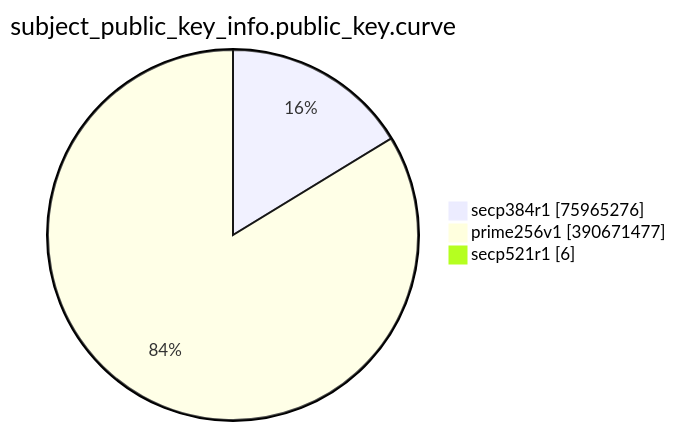
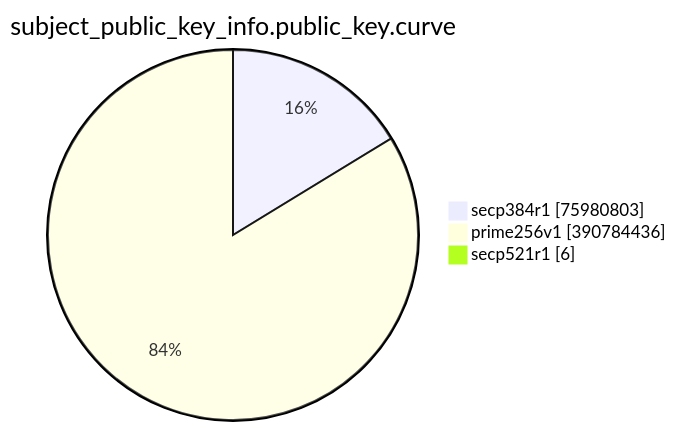
The eighth of 15 diagrams in TOTAL/README.md (christiankrug/ctmonitor_visualization), drawn with Mermaid before and after one commit. The commit also changed other lines of this file, not shown here.

````diff
--- a/TOTAL/README.md
+++ b/TOTAL/README.md
@@ -3094,7 +3094,7 @@
 ```mermaid
 pie showData
 title subject_public_key_info.public_key.curve
-"secp384r1" :75965276
-"prime256v1" :390671477
+"secp384r1" :75980803
+"prime256v1" :390784436
 "secp521r1" :6
 ```
````
